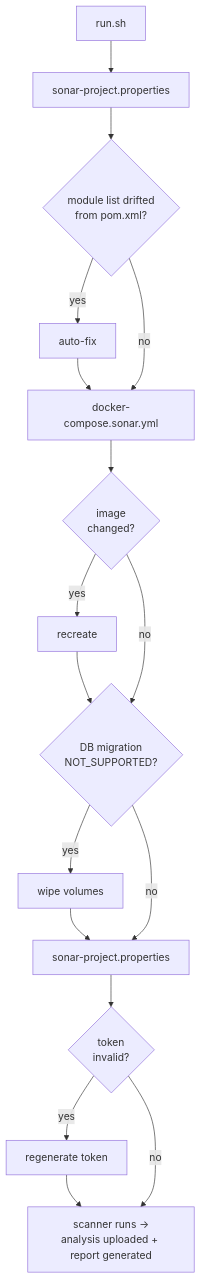
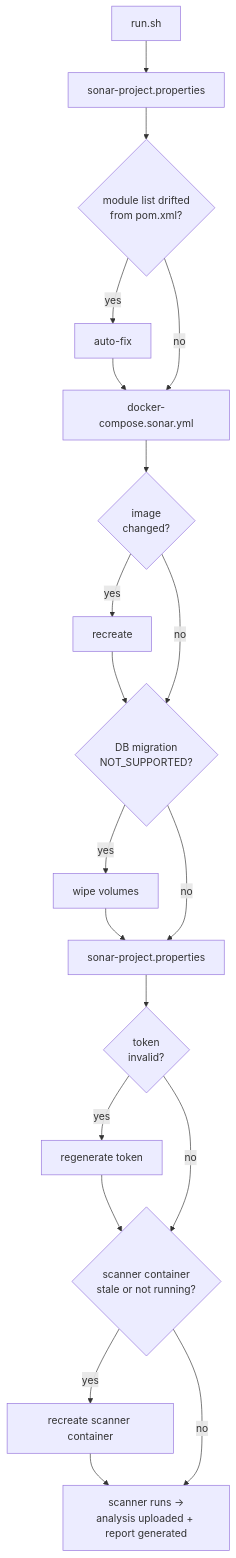
One commit to OstMutant/Advertisement changed the diagram in scripts/sonar/README.md. Above: the diagram before and after it, drawn with Mermaid. The commit also changed 12 other files, not shown here.

First line of the commit message:
fix(improvement-164): architecture-map script-header truncation, tar permission errors, split infra-doc-standards skill

````diff
--- a/scripts/sonar/README.md
+++ b/scripts/sonar/README.md
@@ -13,16 +13,18 @@
 ```mermaid
 flowchart TD
     B[run.sh]
     B --> F1[sonar-project.properties]
     F1 --> H{"module list drifted<br/>from pom.xml?"}
     H -->|yes| H1[auto-fix] --> C
     H -->|no| C[docker-compose.sonar.yml]
     C --> D{"image<br/>changed?"}
     D -->|yes| D1[recreate] --> E
     D -->|no| E{"DB migration<br/>NOT_SUPPORTED?"}
     E -->|yes| E1[wipe volumes] --> F2
     E -->|no| F2[sonar-project.properties]
     F2 --> G{"token<br/>invalid?"}
-    G -->|yes| G1[regenerate token] --> Z
-    G -->|no| Z["scanner runs -><br/>analysis uploaded + report generated"]
+    G -->|yes| G1[regenerate token] --> I
+    G -->|no| I{"scanner container<br/>stale or not running?"}
+    I -->|yes| I1[recreate scanner container] --> Z
+    I -->|no| Z["scanner runs -><br/>analysis uploaded + report generated"]
 ```
````
